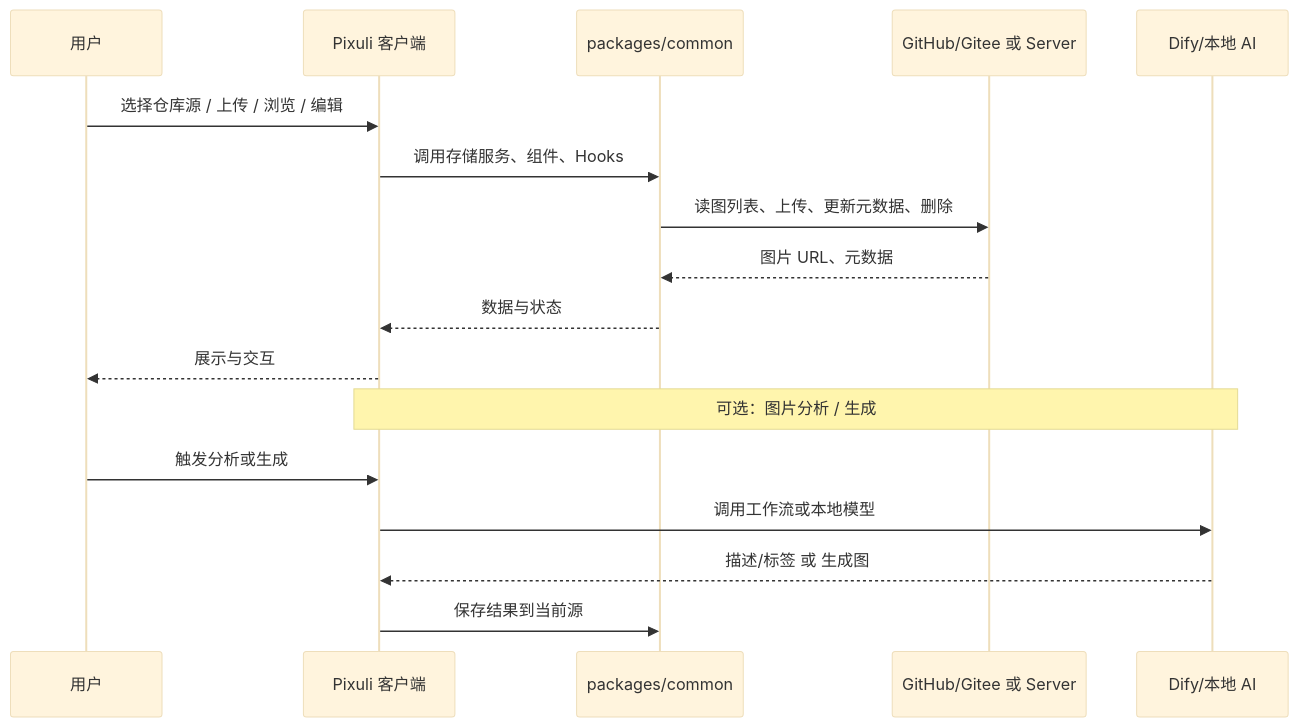
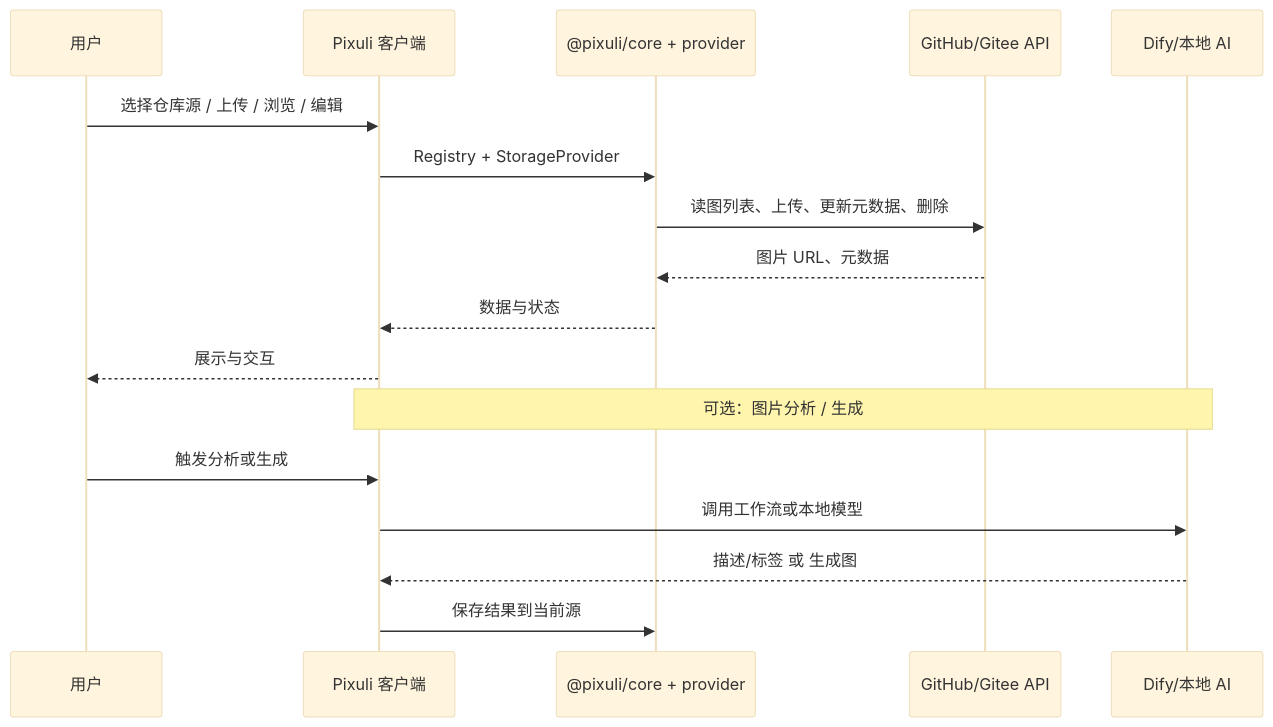
One commit to trueLoving/Pixuli changed the second of 5 diagrams in docs/02-system-design/00-System-Design.md. Above: the diagram before and after it, drawn with Mermaid (base theme). The commit also changed other lines of this file and 25 other files, not shown here.

````diff
--- a/docs/02-system-design/00-System-Design.md
+++ b/docs/02-system-design/00-System-Design.md
@@ -153,21 +160,21 @@
 ```mermaid
 sequenceDiagram
     participant User as 用户
     participant App as Pixuli 客户端
-    participant Common as packages/common
-    participant Storage as GitHub/Gitee 或 Server
+    participant Core as @pixuli/core + provider
+    participant Storage as GitHub/Gitee API
     participant AI as Dify/本地 AI
 
     User->>App: 选择仓库源 / 上传 / 浏览 / 编辑
-    App->>Common: 调用存储服务、组件、Hooks
-    Common->>Storage: 读图列表、上传、更新元数据、删除
-    Storage-->>Common: 图片 URL、元数据
-    Common-->>App: 数据与状态
+    App->>Core: Registry + StorageProvider
+    Core->>Storage: 读图列表、上传、更新元数据、删除
+    Storage-->>Core: 图片 URL、元数据
+    Core-->>App: 数据与状态
     App-->>User: 展示与交互
 
     Note over App,AI: 可选：图片分析 / 生成
     User->>App: 触发分析或生成
     App->>AI: 调用工作流或本地模型
     AI-->>App: 描述/标签 或 生成图
-    App->>Common: 保存结果到当前源
+    App->>Core: 保存结果到当前源
 ```
````
